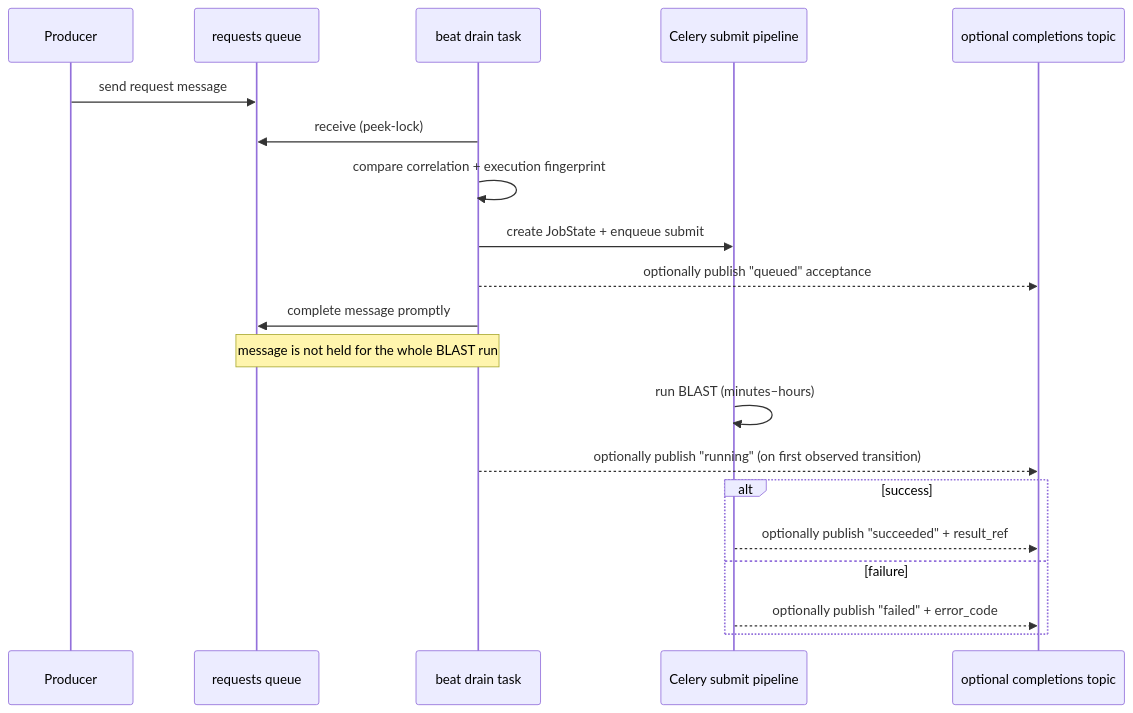
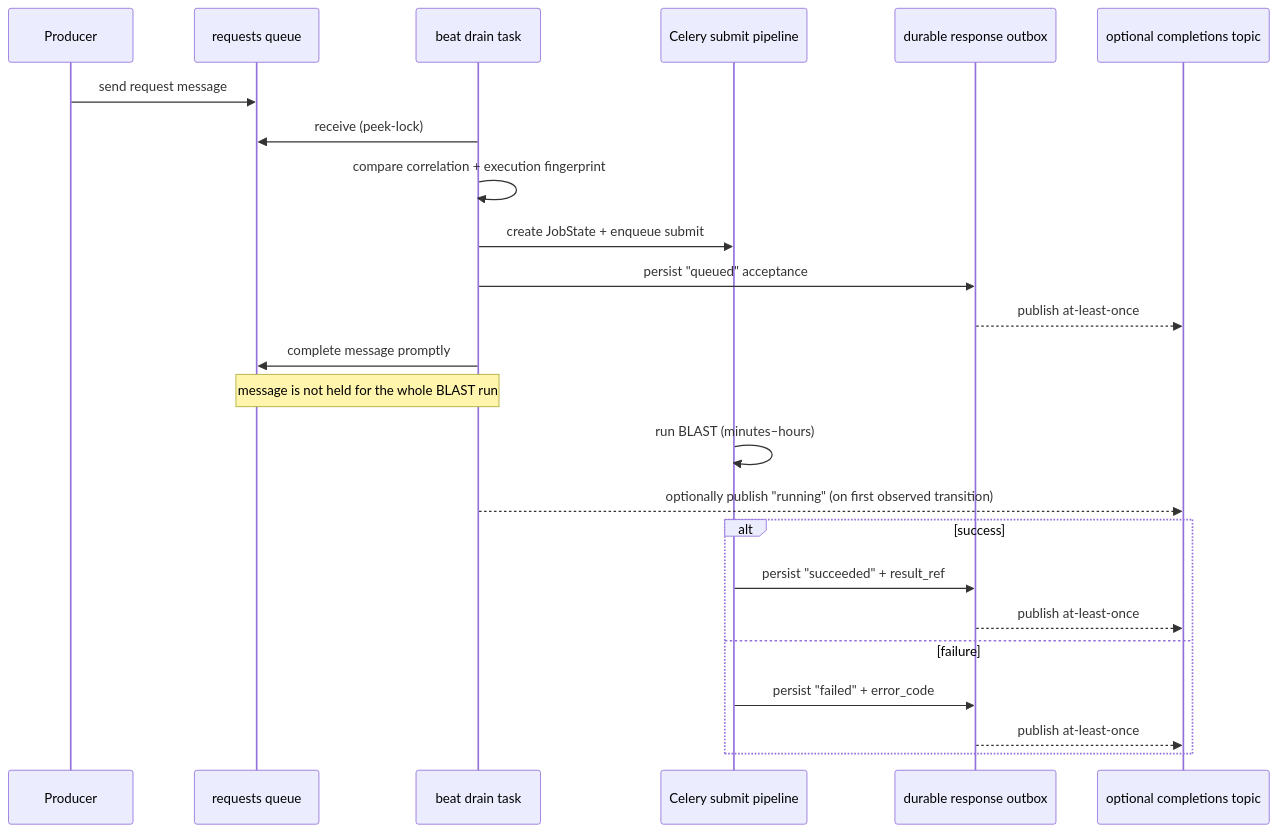
The second of 2 diagrams in docs/architecture/service-bus-integration.md (dotnetpower/elb-dashboard), drawn with Mermaid before and after one commit. The commit also changed other lines of this file and 22 other files, not shown here.

````diff
--- a/docs/architecture/service-bus-integration.md
+++ b/docs/architecture/service-bus-integration.md
@@ -164,22 +164,26 @@
 ```mermaid
 sequenceDiagram
   participant P as Producer
   participant Q as requests queue
   participant B as beat drain task
   participant S as Celery submit pipeline
+  participant O as durable response outbox
   participant T as optional completions topic
   P->>Q: send request message
   B->>Q: receive (peek-lock)
   B->>B: compare correlation + execution fingerprint
   B->>S: create JobState + enqueue submit
-  B-->>T: optionally publish "queued" acceptance
+  B->>O: persist "queued" acceptance
+  O-->>T: publish at-least-once
   B->>Q: complete message promptly
   Note over B,Q: message is not held for the whole BLAST run
   S->>S: run BLAST (minutes–hours)
   B-->>T: optionally publish "running" (on first observed transition)
   alt success
-    S-->>T: optionally publish "succeeded" + result_ref
+    S->>O: persist "succeeded" + result_ref
+    O-->>T: publish at-least-once
   else failure
-    S-->>T: optionally publish "failed" + error_code
+    S->>O: persist "failed" + error_code
+    O-->>T: publish at-least-once
   end
 ```
````
